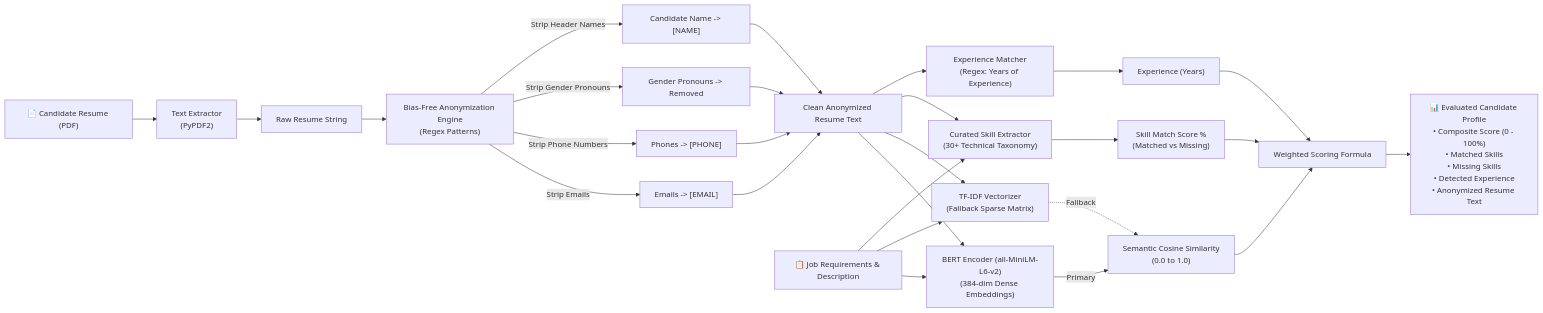
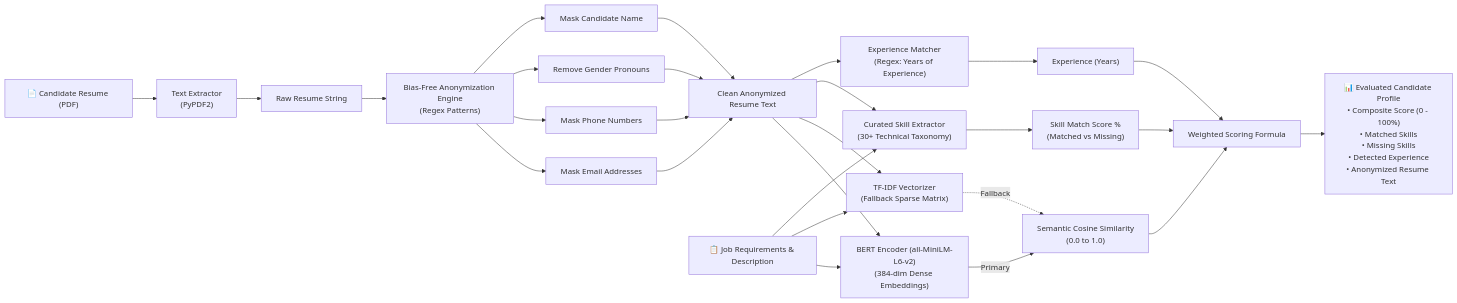
One commit to surajsharma-ai/Resume-Screening-System changed the third of 3 diagrams in README.md. Above: the diagram before and after it, drawn with Mermaid. The commit also changed other lines of this file, not shown here.

Commit message:
fix(docs): fix Mermaid diagram syntax errors in README.md

````diff
--- a/README.md
+++ b/README.md
@@ -204,33 +216,36 @@
 ```mermaid
 flowchart LR
     INPUT["📄 Candidate Resume (PDF)"] --> PARSE["Text Extractor<br/>(PyPDF2)"]
     PARSE --> RAW["Raw Resume String"]
 
     RAW --> ANON["Bias-Free Anonymization Engine<br/>(Regex Patterns)"]
-    ANON -->|Strip Emails| A1["Emails -> [EMAIL]"]
-    ANON -->|Strip Phone Numbers| A2["Phones -> [PHONE]"]
-    ANON -->|Strip Gender Pronouns| A3["Gender Pronouns -> Removed"]
-    ANON -->|Strip Header Names| A4["Candidate Name -> [NAME]"]
+    ANON --> A1["Mask Email Addresses"]
+    ANON --> A2["Mask Phone Numbers"]
+    ANON --> A3["Remove Gender Pronouns"]
+    ANON --> A4["Mask Candidate Name"]
     
-    A1 & A2 & A3 & A4 --> CLEAN["Clean Anonymized Resume Text"]
+    A1 --> CLEAN["Clean Anonymized Resume Text"]
+    A2 --> CLEAN
+    A3 --> CLEAN
+    A4 --> CLEAN
 
     CLEAN --> BERT["BERT Encoder (all-MiniLM-L6-v2)<br/>(384-dim Dense Embeddings)"]
     CLEAN --> TFIDF["TF-IDF Vectorizer<br/>(Fallback Sparse Matrix)"]
     CLEAN --> SKILL["Curated Skill Extractor<br/>(30+ Technical Taxonomy)"]
     CLEAN --> EXP["Experience Matcher<br/>(Regex: Years of Experience)"]
 
     JOB["📋 Job Requirements & Description"] --> BERT
     JOB --> TFIDF
     JOB --> SKILL
 
     BERT -->|Primary| SIM["Semantic Cosine Similarity<br/>(0.0 to 1.0)"]
     TFIDF -.->|Fallback| SIM
     SKILL --> SKILL_SCORE["Skill Match Score %<br/>(Matched vs Missing)"]
     EXP --> EXP_YEARS["Experience (Years)"]
 
     SIM --> WEIGHT["Weighted Scoring Formula"]
     SKILL_SCORE --> WEIGHT
     EXP_YEARS --> WEIGHT
 
     WEIGHT --> RESULT["📊 Evaluated Candidate Profile<br/>• Composite Score (0 - 100%)<br/>• Matched Skills<br/>• Missing Skills<br/>• Detected Experience<br/>• Anonymized Resume Text"]
 ```
````
